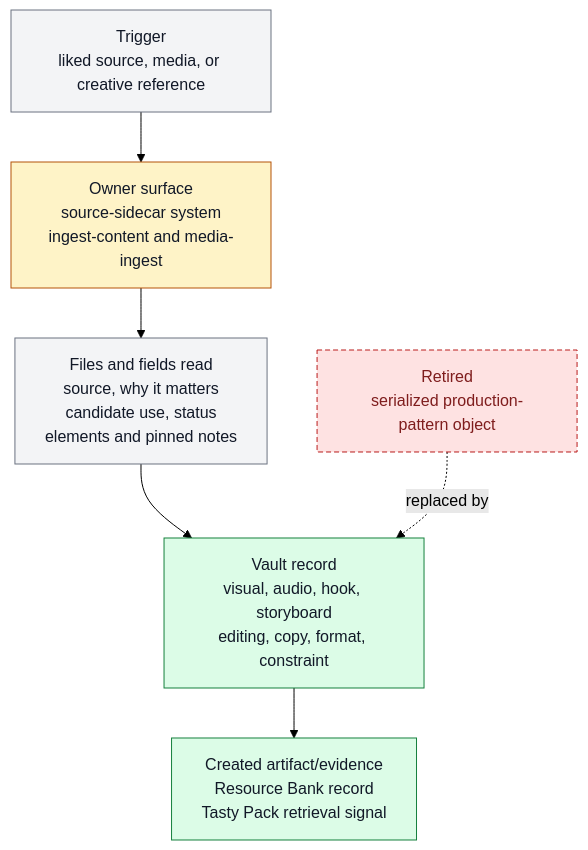
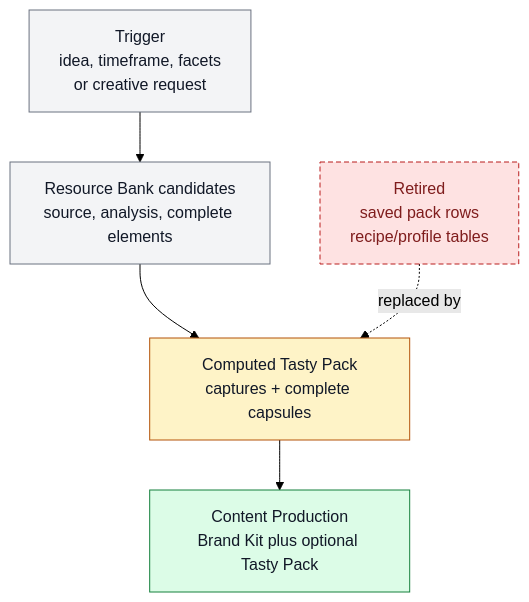
Before and after one commit to ZanarkandTechnologies/Farplane: the diagram in docs/features/FEAT-0056-inspiration-vault.md, drawn with Mermaid (forest theme). The commit also changed other lines of this file and 27 other files, not shown here.

Commit message:
feat(content): ground production in creative elements

````diff
--- a/docs/features/FEAT-0056-inspiration-vault.md
+++ b/docs/features/FEAT-0056-inspiration-vault.md
@@ -116,17 +99,16 @@
 ```mermaid
 flowchart TD
   classDef keep fill:#f3f4f6,stroke:#6b7280,color:#111827
   classDef changed fill:#fef3c7,stroke:#b45309,color:#111827
   classDef added fill:#dcfce7,stroke:#15803d,color:#111827
   classDef retired fill:#fee2e2,stroke:#b91c1c,color:#7f1d1d,stroke-dasharray: 5 3
 
-  trigger["Trigger<br/>liked source, media, or creative reference"]:::keep
-  owner["Owner surface<br/>source-sidecar system<br/>ingest-content and media-ingest"]:::changed
-  readers["Files and fields read<br/>source, why it matters<br/>candidate use, status<br/>elements and pinned notes"]:::keep
-  vault["Vault record<br/>visual, audio, hook, storyboard<br/>editing, copy, format, constraint"]:::added
-  artifact["Created artifact/evidence<br/>Resource Bank record<br/>Tasty Pack retrieval signal"]:::added
-  old["Retired<br/>serialized production-pattern object"]:::retired
+  request["Trigger<br/>idea, timeframe, facets<br/>or creative request"]:::keep
+  bank["Resource Bank candidates<br/>source, analysis, complete elements"]:::keep
+  pack["Computed Tasty Pack<br/>captures + complete capsules"]:::changed
+  compose["Content Production<br/>Brand Kit plus optional Tasty Pack"]:::added
+  old["Retired<br/>saved pack rows<br/>recipe/profile tables"]:::retired
 
-  trigger --> owner --> readers --> vault --> artifact
-  old -. replaced by .-> vault
+  request --> bank --> pack --> compose
+  old -. replaced by .-> pack
 ```
````
